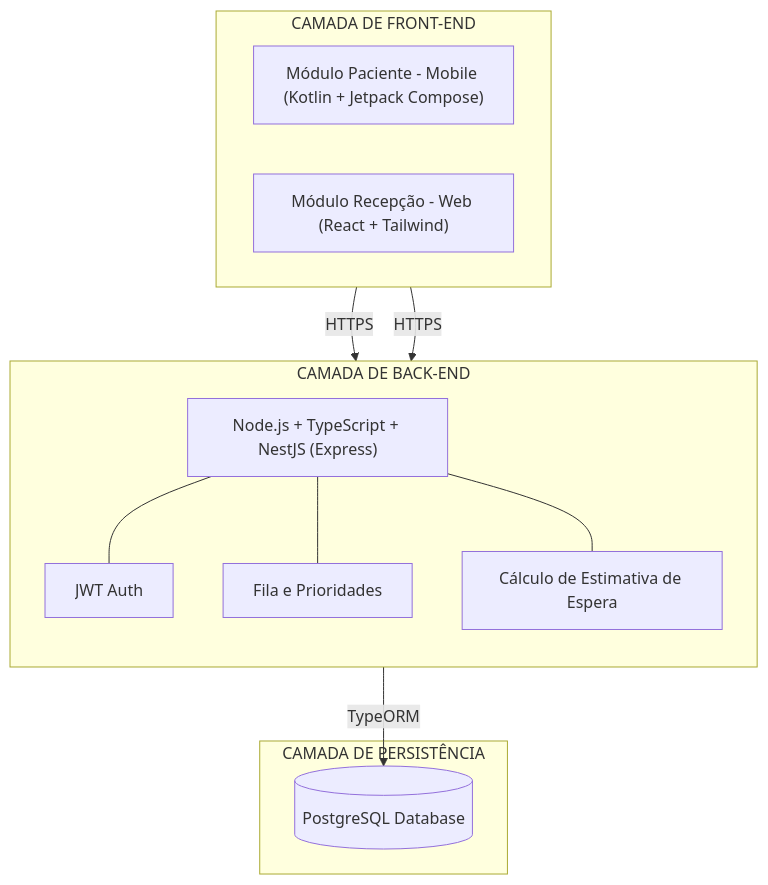
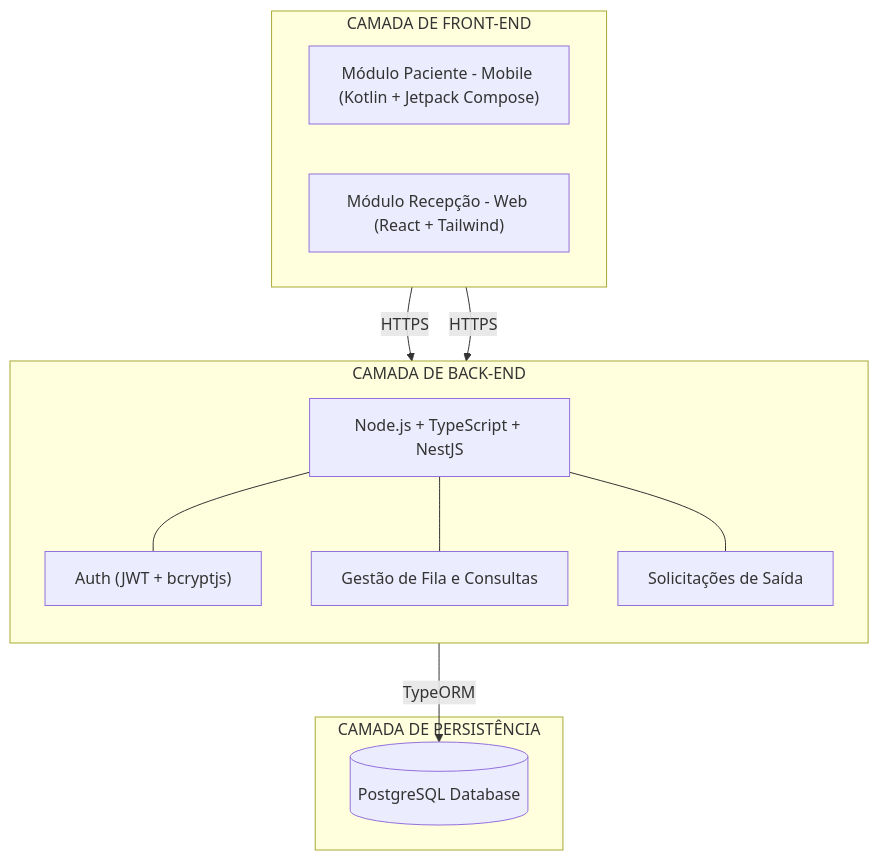
One commit to VezCerta/saude_digital changed the diagram in docs/arquitetura.md. Above: the diagram before and after it, drawn with Mermaid. The commit also changed other lines of this file and 1 other file, not shown here.

````diff
--- a/docs/arquitetura.md
+++ b/docs/arquitetura.md
@@ -19,27 +19,27 @@
 ```mermaid
 flowchart TD
     subgraph Frontend["CAMADA DE FRONT-END"]
         direction LR
         Mobile["Módulo Paciente - Mobile (Kotlin + Jetpack Compose)"]
         Web["Módulo Recepção - Web (React + Tailwind)"]
     end
 
     subgraph Backend["CAMADA DE BACK-END"]
         direction TB
-        API["Node.js + TypeScript + NestJS (Express)"]
-        Auth["JWT Auth"]
-        Fila["Fila e Prioridades"]
-        Estimativa["Cálculo de Estimativa de Espera"]
+        API["Node.js + TypeScript + NestJS"]
+        Auth["Auth (JWT + bcryptjs)"]
+        Fila["Gestão de Fila e Consultas"]
+        Saida["Solicitações de Saída"]
         API --- Auth
         API --- Fila
-        API --- Estimativa
+        API --- Saida
     end
 
     subgraph Persistencia["CAMADA DE PERSISTÊNCIA"]
         DB[("PostgreSQL Database")]
     end
 
     Mobile -->|HTTPS| API
     Web -->|HTTPS| API
     Backend -->|TypeORM| DB
 ```
````
